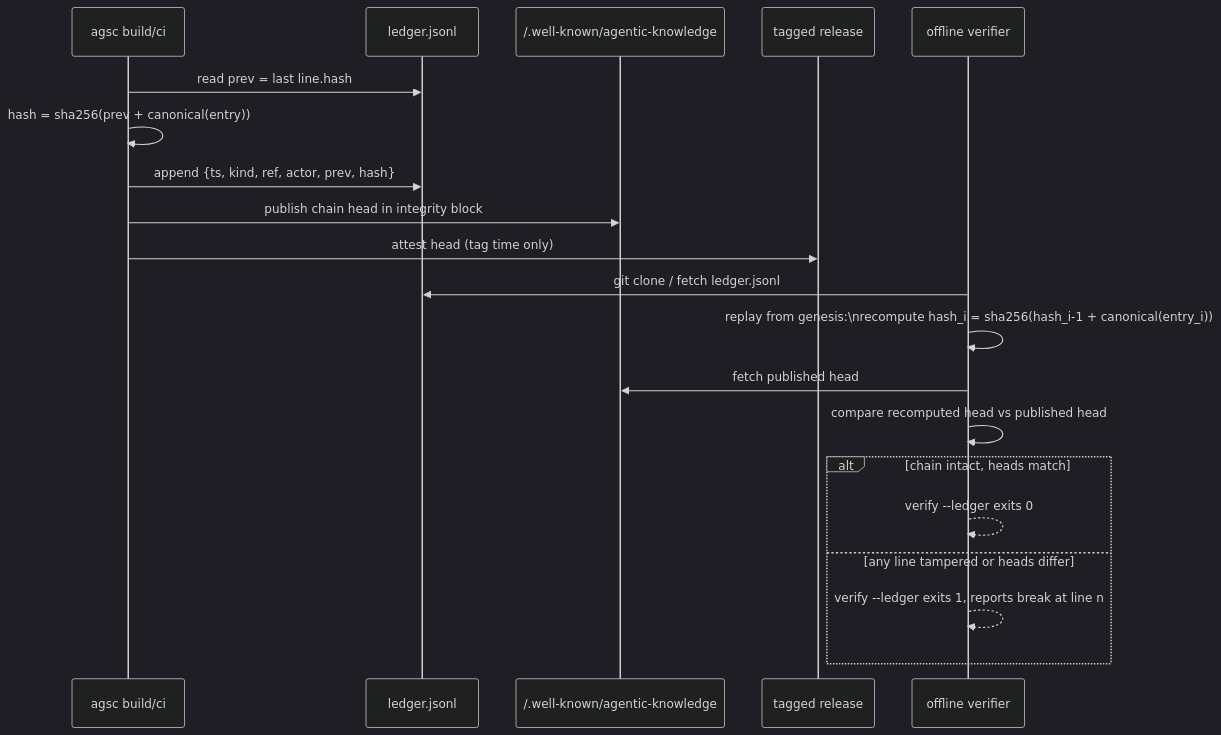
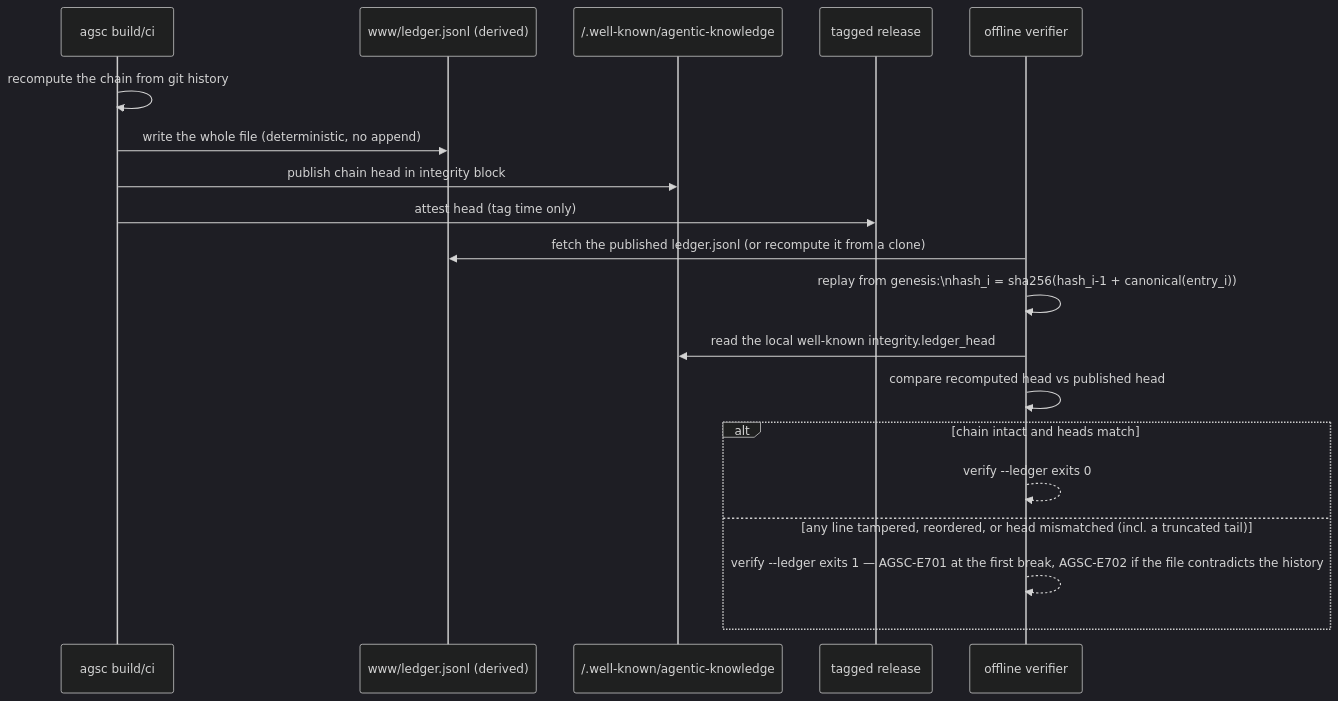
One commit to andreibesleaga/agentic-system-core changed the second of 2 diagrams in docs/diagrams/algo-ledger.md. Above: the diagram before and after it, drawn with Mermaid (dark theme). The commit also changed other lines of this file and 41 other files, not shown here.

````diff
--- a/docs/diagrams/algo-ledger.md
+++ b/docs/diagrams/algo-ledger.md
@@ -20,24 +20,23 @@
 ```mermaid
 sequenceDiagram
   participant CI as agsc build/ci
-  participant Ledger as ledger.jsonl
+  participant Out as www/ledger.jsonl (derived)
   participant WK as /.well-known/agentic-knowledge
   participant Rel as tagged release
   participant Reader as offline verifier
 
-  CI->>Ledger: read prev = last line.hash
-  CI->>CI: hash = sha256(prev + canonical(entry))
-  CI->>Ledger: append {ts, kind, ref, actor, prev, hash}
+  CI->>CI: recompute the chain from git history
+  CI->>Out: write the whole file (deterministic, no append)
   CI->>WK: publish chain head in integrity block
   CI->>Rel: attest head (tag time only)
 
-  Reader->>Ledger: git clone / fetch ledger.jsonl
-  Reader->>Reader: replay from genesis:\nrecompute hash_i = sha256(hash_i-1 + canonical(entry_i))
-  Reader->>WK: fetch published head
+  Reader->>Out: fetch the published ledger.jsonl (or recompute it from a clone)
+  Reader->>Reader: replay from genesis:\nhash_i = sha256(hash_i-1 + canonical(entry_i))
+  Reader->>WK: read the local well-known integrity.ledger_head
   Reader->>Reader: compare recomputed head vs published head
-  alt chain intact, heads match
+  alt chain intact and heads match
     Reader-->>Reader: verify --ledger exits 0
-  else any line tampered or heads differ
-    Reader-->>Reader: verify --ledger exits 1, reports break at line n
+  else any line tampered, reordered, or head mismatched (incl. a truncated tail)
+    Reader-->>Reader: verify --ledger exits 1 — AGSC-E701 at the first break, AGSC-E702 if the file contradicts the history
   end
 ```
````
